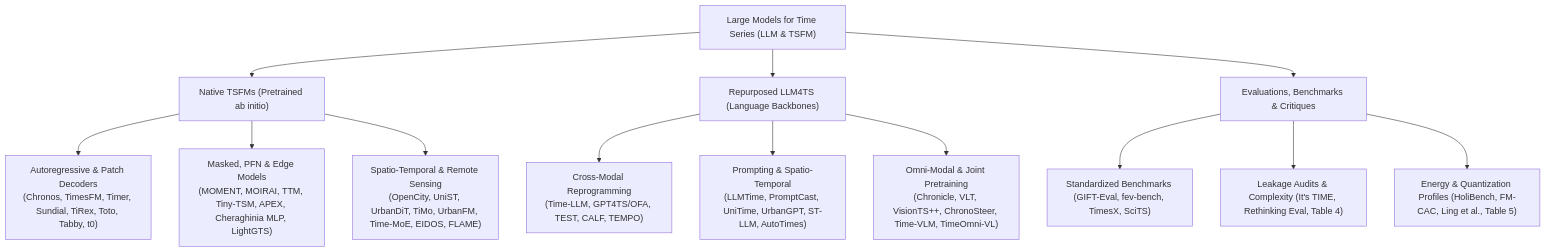
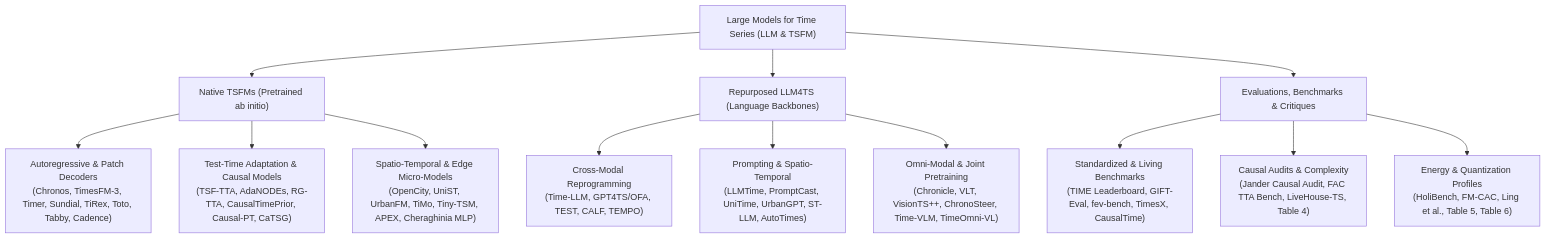
Before and after one commit to lihuirui/awesome-llm-time-series-foundation-models-survey: the diagram in README.md, drawn with Mermaid. The commit also changed other lines of this file and 26 other files, not shown here.

Commit message:
feat(iter-6): test-time adaptation, causal discovery & living benchmarks

````diff
--- a/README.md
+++ b/README.md
@@ -29,19 +29,19 @@
 ```mermaid
 graph TD
     Root["Large Models for Time Series (LLM & TSFM)"]
     Root --> P1["Native TSFMs (Pretrained ab initio)"]
     Root --> P2["Repurposed LLM4TS (Language Backbones)"]
     Root --> P3["Evaluations, Benchmarks & Critiques"]
 
-    P1 --> P1_Dec["Autoregressive & Patch Decoders<br/>(Chronos, TimesFM, Timer, Sundial, TiRex, Toto, Tabby, t0)"]
-    P1 --> P1_Edge["Masked, PFN & Edge Models<br/>(MOMENT, MOIRAI, TTM, Tiny-TSM, APEX, Cheraghinia MLP, LightGTS)"]
-    P1 --> P1_ST["Spatio-Temporal & Remote Sensing<br/>(OpenCity, UniST, UrbanDiT, TiMo, UrbanFM, Time-MoE, EIDOS, FLAME)"]
+    P1 --> P1_Dec["Autoregressive & Patch Decoders<br/>(Chronos, TimesFM-3, Timer, Sundial, TiRex, Toto, Tabby, Cadence)"]
+    P1 --> P1_TTA["Test-Time Adaptation & Causal Models<br/>(TSF-TTA, AdaNODEs, RG-TTA, CausalTimePrior, Causal-PT, CaTSG)"]
+    P1 --> P1_Edge["Spatio-Temporal & Edge Micro-Models<br/>(OpenCity, UniST, UrbanFM, TiMo, Tiny-TSM, APEX, Cheraghinia MLP)"]
 
     P2 --> P2_Reprog["Cross-Modal Reprogramming<br/>(Time-LLM, GPT4TS/OFA, TEST, CALF, TEMPO)"]
     P2 --> P2_Prompt["Prompting & Spatio-Temporal<br/>(LLMTime, PromptCast, UniTime, UrbanGPT, ST-LLM, AutoTimes)"]
     P2 --> P2_Omni["Omni-Modal & Joint Pretraining<br/>(Chronicle, VLT, VisionTS++, ChronoSteer, Time-VLM, TimeOmni-VL)"]
 
-    P3 --> P3_Bench["Standardized Benchmarks (GIFT-Eval, fev-bench, TimesX, SciTS)"]
-    P3 --> P3_Audit["Leakage Audits & Complexity (It's TIME, Rethinking Eval, Table 4)"]
-    P3 --> P3_Energy["Energy & Quantization Profiles (HoliBench, FM-CAC, Ling et al., Table 5)"]
+    P3 --> P3_Bench["Standardized & Living Benchmarks<br/>(TIME Leaderboard, GIFT-Eval, fev-bench, TimesX, CausalTime)"]
+    P3 --> P3_Audit["Causal Audits & Complexity<br/>(Jander Causal Audit, FAC TTA Bench, LiveHouse-TS, Table 4)"]
+    P3 --> P3_Energy["Energy & Quantization Profiles<br/>(HoliBench, FM-CAC, Ling et al., Table 5, Table 6)"]
 ```
````
